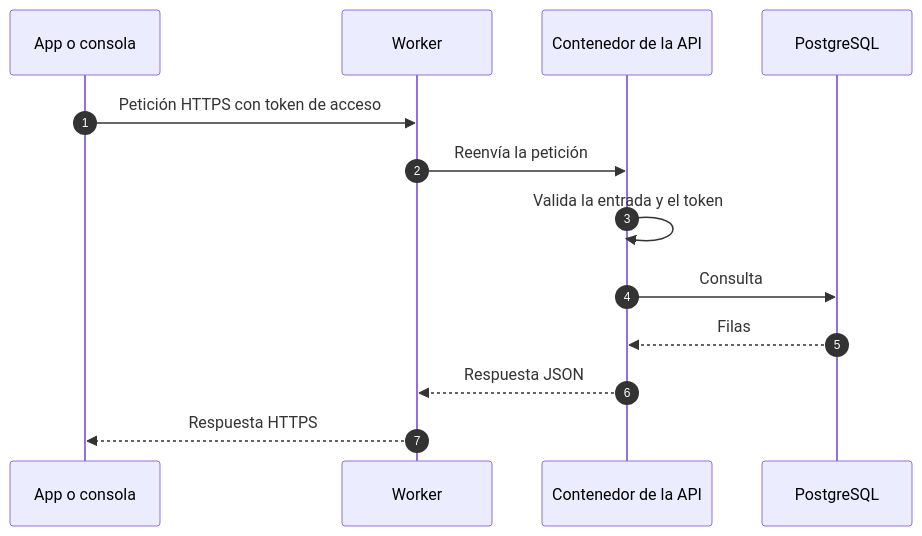
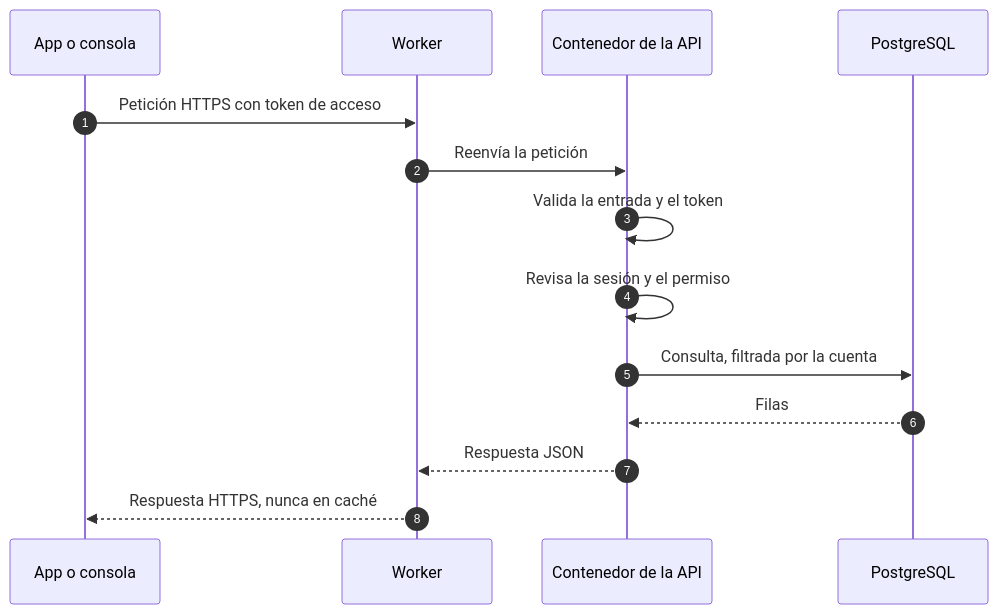
One commit to Gelpy/gelpy changed the diagram in i18n/es/docusaurus-plugin-content-docs/current/architecture/data-flow.md. Above: the diagram before and after it, drawn with Mermaid. The commit also changed other lines of this file and 37 other files, not shown here.

````diff
--- a/i18n/es/docusaurus-plugin-content-docs/current/architecture/data-flow.md
+++ b/i18n/es/docusaurus-plugin-content-docs/current/architecture/data-flow.md
@@ -13,16 +13,17 @@
 ```mermaid
 sequenceDiagram
   autonumber
   participant C as App o consola
   participant W as Worker
   participant A as Contenedor de la API
   participant D as PostgreSQL
 
   C->>W: Petición HTTPS con token de acceso
   W->>A: Reenvía la petición
   A->>A: Valida la entrada y el token
-  A->>D: Consulta
+  A->>A: Revisa la sesión y el permiso
+  A->>D: Consulta, filtrada por la cuenta
   D-->>A: Filas
   A-->>W: Respuesta JSON
-  W-->>C: Respuesta HTTPS
+  W-->>C: Respuesta HTTPS, nunca en caché
 ```
````
